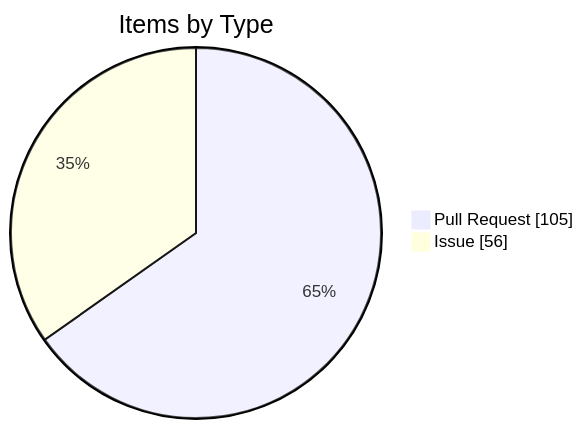
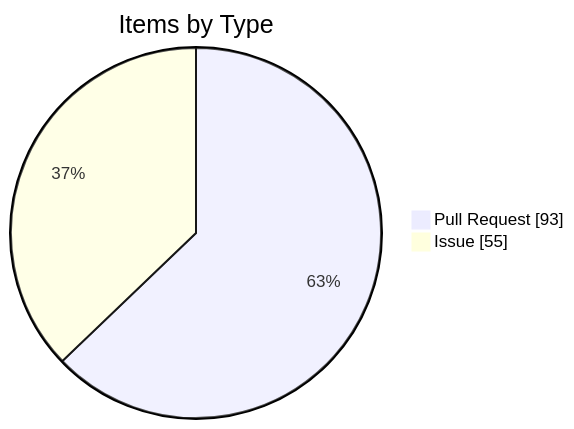
One commit to KBVE/kbve changed the fourth of 4 diagrams in apps/kbve/astro-kbve/src/content/docs/dashboard/kanban-data.mdx. Above: the diagram before and after it, drawn with Mermaid. The commit also changed other lines of this file and 7 other files, not shown here.

````diff
--- a/apps/kbve/astro-kbve/src/content/docs/dashboard/kanban-data.mdx
+++ b/apps/kbve/astro-kbve/src/content/docs/dashboard/kanban-data.mdx
@@ -116,6 +116,6 @@
 ```mermaid
 pie showData
     title Items by Type
-    "Pull Request" : 105
-    "Issue" : 56
+    "Pull Request" : 93
+    "Issue" : 55
 ```
````
